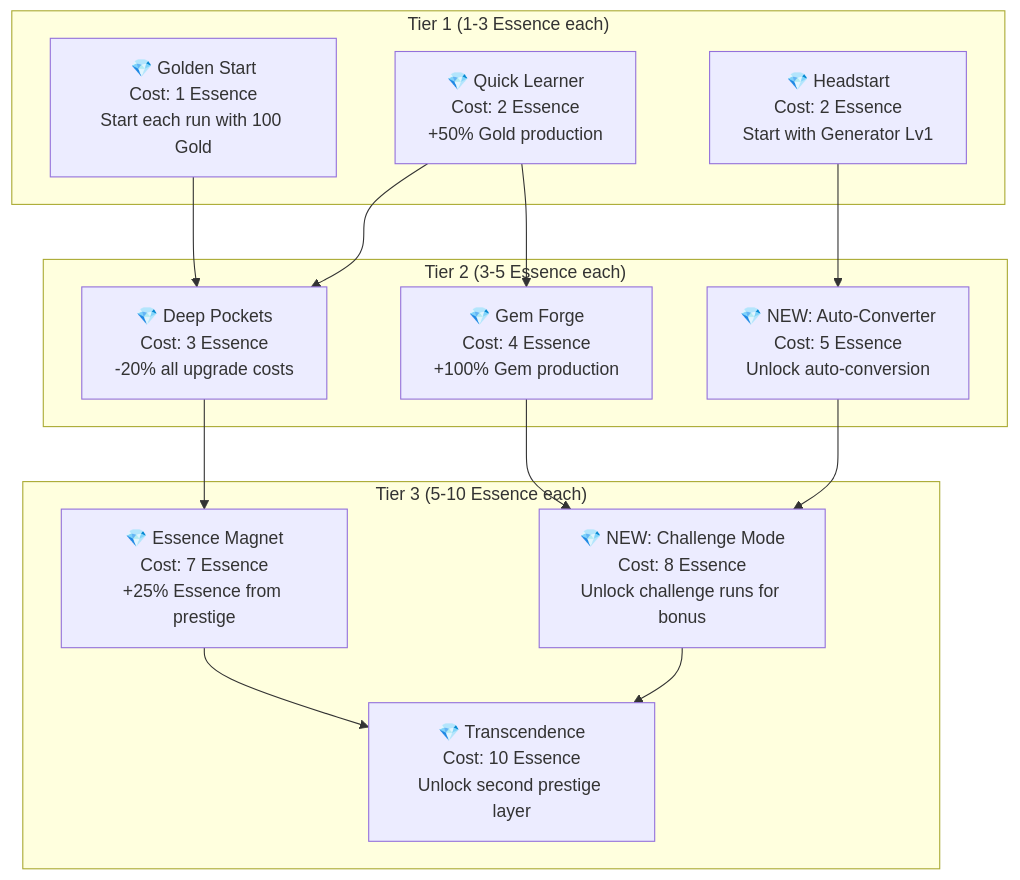
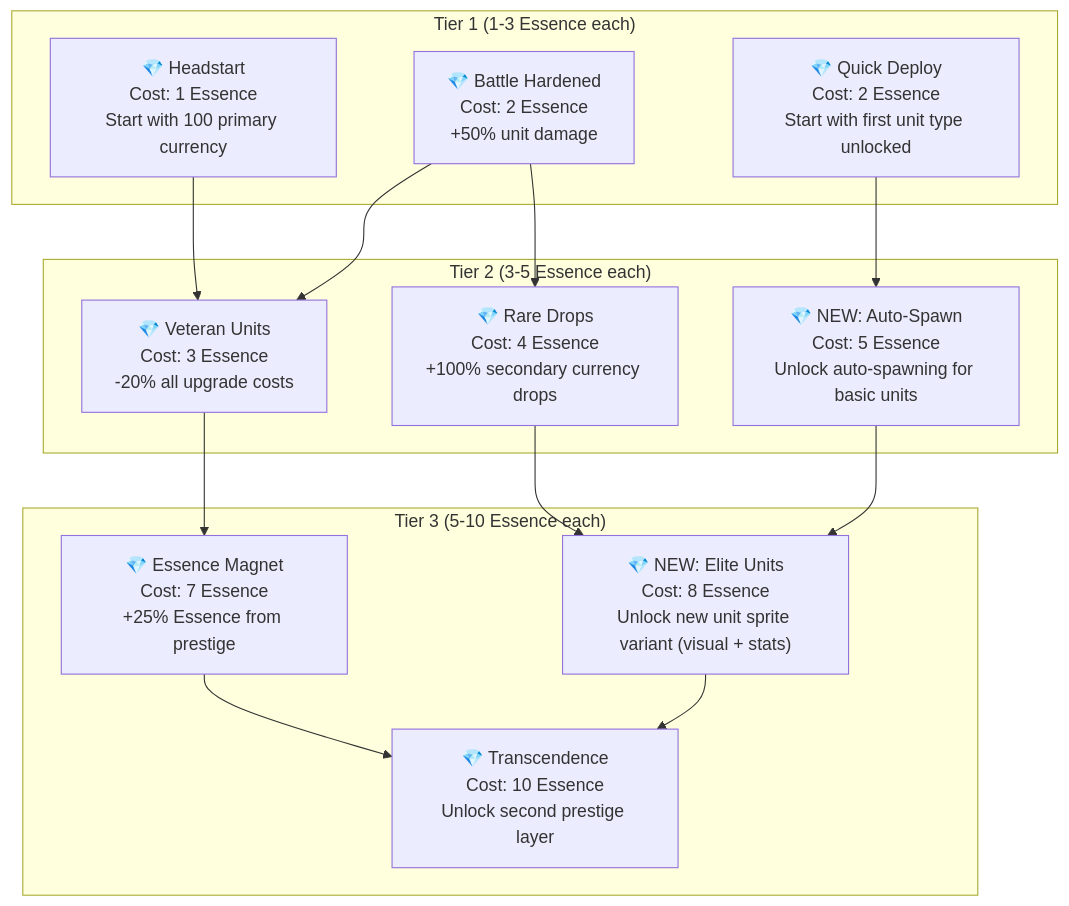
The third of 6 diagrams in prompts/phase2-gdd/prestige.md (J-Gierend/gamePocGen), drawn with Mermaid before and after one commit. The commit also changed other lines of this file and 9 other files, not shown here.

````diff
--- a/prompts/phase2-gdd/prestige.md
+++ b/prompts/phase2-gdd/prestige.md
@@ -107,30 +116,30 @@
 ```mermaid
 graph TD
     subgraph "Tier 1 (1-3 Essence each)"
-        PU1["💎 Golden Start\nCost: 1 Essence\nStart each run with 100 Gold"]
-        PU2["💎 Quick Learner\nCost: 2 Essence\n+50% Gold production"]
-        PU3["💎 Headstart\nCost: 2 Essence\nStart with Generator Lv1"]
+        PU1["💎 Headstart\nCost: 1 Essence\nStart with 100 primary currency"]
+        PU2["💎 Battle Hardened\nCost: 2 Essence\n+50% unit damage"]
+        PU3["💎 Quick Deploy\nCost: 2 Essence\nStart with first unit type unlocked"]
     end
 
     subgraph "Tier 2 (3-5 Essence each)"
-        PU4["💎 Deep Pockets\nCost: 3 Essence\n-20% all upgrade costs"]
-        PU5["💎 Gem Forge\nCost: 4 Essence\n+100% Gem production"]
-        PU6["💎 NEW: Auto-Converter\nCost: 5 Essence\nUnlock auto-conversion"]
+        PU4["💎 Veteran Units\nCost: 3 Essence\n-20% all upgrade costs"]
+        PU5["💎 Rare Drops\nCost: 4 Essence\n+100% secondary currency drops"]
+        PU6["💎 NEW: Auto-Spawn\nCost: 5 Essence\nUnlock auto-spawning for basic units"]
     end
 
     subgraph "Tier 3 (5-10 Essence each)"
         PU7["💎 Essence Magnet\nCost: 7 Essence\n+25% Essence from prestige"]
-        PU8["💎 NEW: Challenge Mode\nCost: 8 Essence\nUnlock challenge runs for bonus"]
+        PU8["💎 NEW: Elite Units\nCost: 8 Essence\nUnlock new unit sprite variant (visual + stats)"]
         PU9["💎 Transcendence\nCost: 10 Essence\nUnlock second prestige layer"]
     end
 
     PU1 --> PU4
     PU2 --> PU4
     PU2 --> PU5
     PU3 --> PU6
     PU4 --> PU7
     PU5 --> PU8
     PU6 --> PU8
     PU7 --> PU9
     PU8 --> PU9
 ```
````
